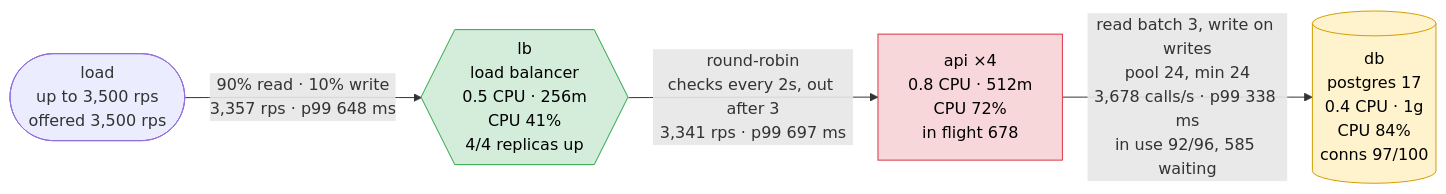
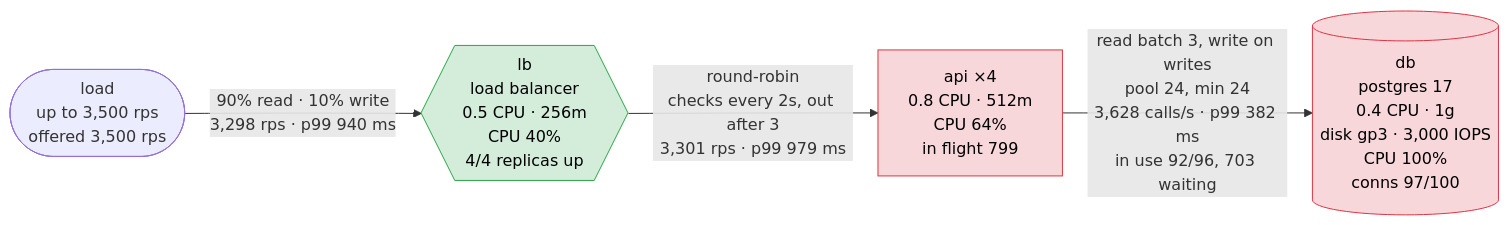
Before and after one commit to akinfemi/load-lore: the first of 5 diagrams in scenarios/when-to-scale-your-database/solutions/one-query-per-page/report.md, drawn with Mermaid. The commit also changed other lines of this file and 125 other files, not shown here.

````diff
--- a/scenarios/when-to-scale-your-database/solutions/one-query-per-page/report.md
+++ b/scenarios/when-to-scale-your-database/solutions/one-query-per-page/report.md
@@ -17,16 +17,15 @@
 ```mermaid
 flowchart LR
     load(["load<br/>up to 3,500 rps<br/>offered 3,500 rps"])
-    lb{{"lb<br/>load balancer<br/>0.5 CPU · 256m<br/>CPU 41%<br/>4/4 replicas up"}}
-    api["api ×4<br/>0.8 CPU · 512m<br/>CPU 72%<br/>in flight 678"]
-    db[("db<br/>postgres 17<br/>0.4 CPU · 1g<br/>CPU 84%<br/>conns 97/100")]
-    load -->|"90% read · 10% write<br/>3,357 rps · p99 648 ms"| lb
-    lb -->|"round-robin<br/>checks every 2s, out after 3<br/>3,341 rps · p99 697 ms"| api
-    api -->|"read batch 3, write on writes<br/>pool 24, min 24<br/>3,678 calls/s · p99 338 ms<br/>in use 92/96, 585 waiting"| db
+    lb{{"lb<br/>load balancer<br/>0.5 CPU · 256m<br/>CPU 40%<br/>4/4 replicas up"}}
+    api["api ×4<br/>0.8 CPU · 512m<br/>CPU 64%<br/>in flight 799"]
+    db[("db<br/>postgres 17<br/>0.4 CPU · 1g<br/>disk gp3 · 3,000 IOPS<br/>CPU 100%<br/>conns 97/100")]
+    load -->|"90% read · 10% write<br/>3,298 rps · p99 940 ms"| lb
+    lb -->|"round-robin<br/>checks every 2s, out after 3<br/>3,301 rps · p99 979 ms"| api
+    api -->|"read batch 3, write on writes<br/>pool 24, min 24<br/>3,628 calls/s · p99 382 ms<br/>in use 92/96, 703 waiting"| db
     classDef ok fill:#d4edda,stroke:#28a745,color:#000
     classDef warm fill:#fff3cd,stroke:#d39e00,color:#000
     classDef hot fill:#f8d7da,stroke:#dc3545,color:#000
     class lb ok
-    class api hot
-    class db warm
+    class api,db hot
 ```
````
